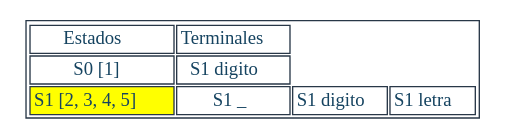
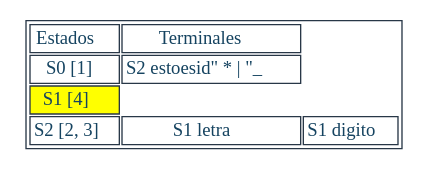
One commit to JeffMendez/OCL_Proyecto1_201901557 changed the diagram in Regexive/archivos/TRANSICIONES_201901557/RegEx3.dot. Above: the diagram before and after it, drawn with Graphviz. The commit also changed 117 other files, not shown here.

```diff
--- a/Regexive/archivos/TRANSICIONES_201901557/RegEx3.dot
+++ b/Regexive/archivos/TRANSICIONES_201901557/RegEx3.dot
@@ -1,14 +1,14 @@
 digraph T {
 aHtmlTable [
    shape=plaintext
    color="#283747" fontcolor="#154360" label=<
 
    <table border='1' cellborder='1'>
    <tr>
       <td>Estados</td>
       <td>Terminales</td>
-   </tr><tr><td>S0 [1]</td><td>S1 digito</td></tr><tr><td bgcolor="yellow"> S1 [2, 3, 4, 5]</td><td>S1 _</td><td>S1 digito</td><td>S1 letra</td></tr></table>
+   </tr><tr><td>S0 [1]</td><td>S2 estoesid" * | "_</td></tr><tr><td bgcolor="yellow"> S1 [4]</td></tr><tr><td>S2 [2, 3]</td><td>S1 letra</td><td>S1 digito</td></tr></table>
 
    >]; 
 
 }
```
